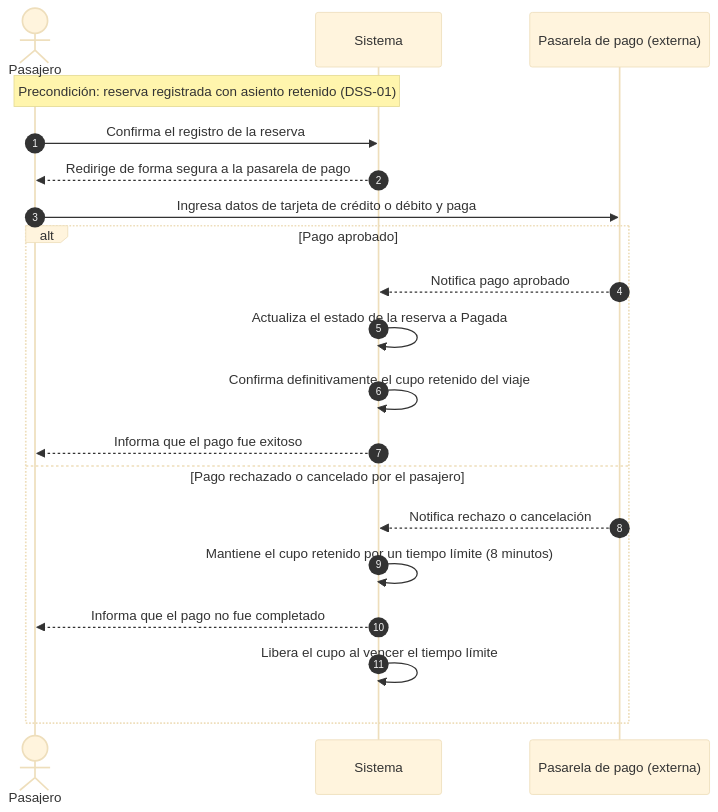
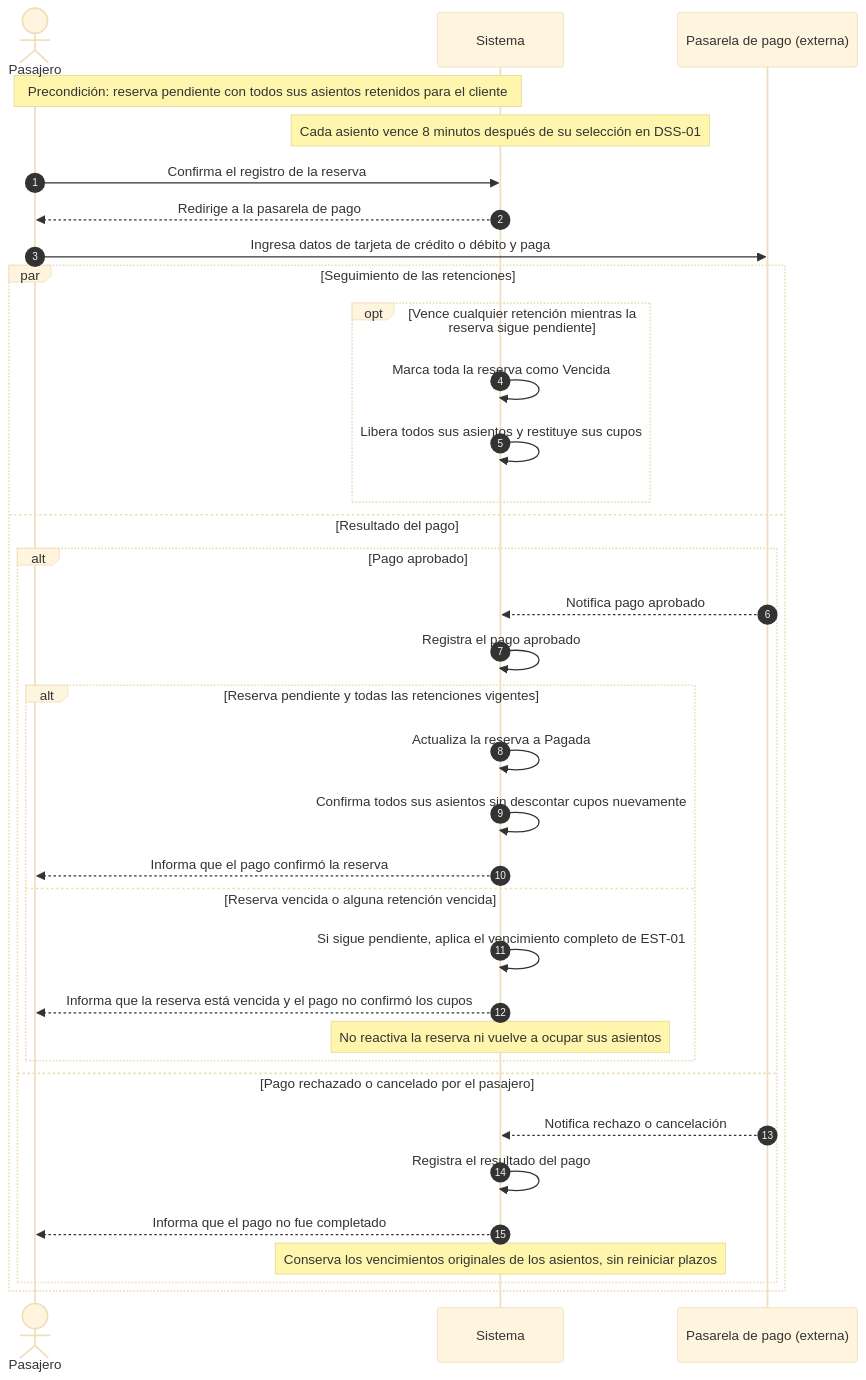
One commit to IngReqGrupo2/Proyecto_TransporteHaciaConcierto changed the diagram in diagramas/dss-02.mmd. Above: the diagram before and after it, drawn with Mermaid (base theme). The commit also changed 9 other files, not shown here.

```diff
--- a/diagramas/dss-02.mmd
+++ b/diagramas/dss-02.mmd
@@ -1,23 +1,39 @@
 sequenceDiagram
     autonumber
     actor Pasajero
     participant Sistema
     participant Pasarela as Pasarela de pago (externa)
 
-    Note over Pasajero,Sistema: Precondición: reserva registrada con asiento retenido (DSS-01)
+    Note over Pasajero,Sistema: Precondición: reserva pendiente con todos sus asientos retenidos para el cliente
+    Note over Sistema: Cada asiento vence 8 minutos después de su selección en DSS-01
 
     Pasajero->>Sistema: Confirma el registro de la reserva
-    Sistema-->>Pasajero: Redirige de forma segura a la pasarela de pago
+    Sistema-->>Pasajero: Redirige a la pasarela de pago
     Pasajero->>Pasarela: Ingresa datos de tarjeta de crédito o débito y paga
 
-    alt Pago aprobado
-        Pasarela-->>Sistema: Notifica pago aprobado
-        Sistema->>Sistema: Actualiza el estado de la reserva a Pagada
-        Sistema->>Sistema: Confirma definitivamente el cupo retenido del viaje
-        Sistema-->>Pasajero: Informa que el pago fue exitoso
-    else Pago rechazado o cancelado por el pasajero
-        Pasarela-->>Sistema: Notifica rechazo o cancelación
-        Sistema->>Sistema: Mantiene el cupo retenido por un tiempo límite (8 minutos)
-        Sistema-->>Pasajero: Informa que el pago no fue completado
-        Sistema->>Sistema: Libera el cupo al vencer el tiempo límite
+    par Seguimiento de las retenciones
+        opt Vence cualquier retención mientras la reserva sigue pendiente
+            Sistema->>Sistema: Marca toda la reserva como Vencida
+            Sistema->>Sistema: Libera todos sus asientos y restituye sus cupos
+        end
+    and Resultado del pago
+        alt Pago aprobado
+            Pasarela-->>Sistema: Notifica pago aprobado
+            Sistema->>Sistema: Registra el pago aprobado
+
+            alt Reserva pendiente y todas las retenciones vigentes
+                Sistema->>Sistema: Actualiza la reserva a Pagada
+                Sistema->>Sistema: Confirma todos sus asientos sin descontar cupos nuevamente
+                Sistema-->>Pasajero: Informa que el pago confirmó la reserva
+            else Reserva vencida o alguna retención vencida
+                Sistema->>Sistema: Si sigue pendiente, aplica el vencimiento completo de EST-01
+                Sistema-->>Pasajero: Informa que la reserva está vencida y el pago no confirmó los cupos
+                Note over Sistema: No reactiva la reserva ni vuelve a ocupar sus asientos
+            end
+        else Pago rechazado o cancelado por el pasajero
+            Pasarela-->>Sistema: Notifica rechazo o cancelación
+            Sistema->>Sistema: Registra el resultado del pago
+            Sistema-->>Pasajero: Informa que el pago no fue completado
+            Note over Sistema: Conserva los vencimientos originales de los asientos, sin reiniciar plazos
+        end
     end
```
